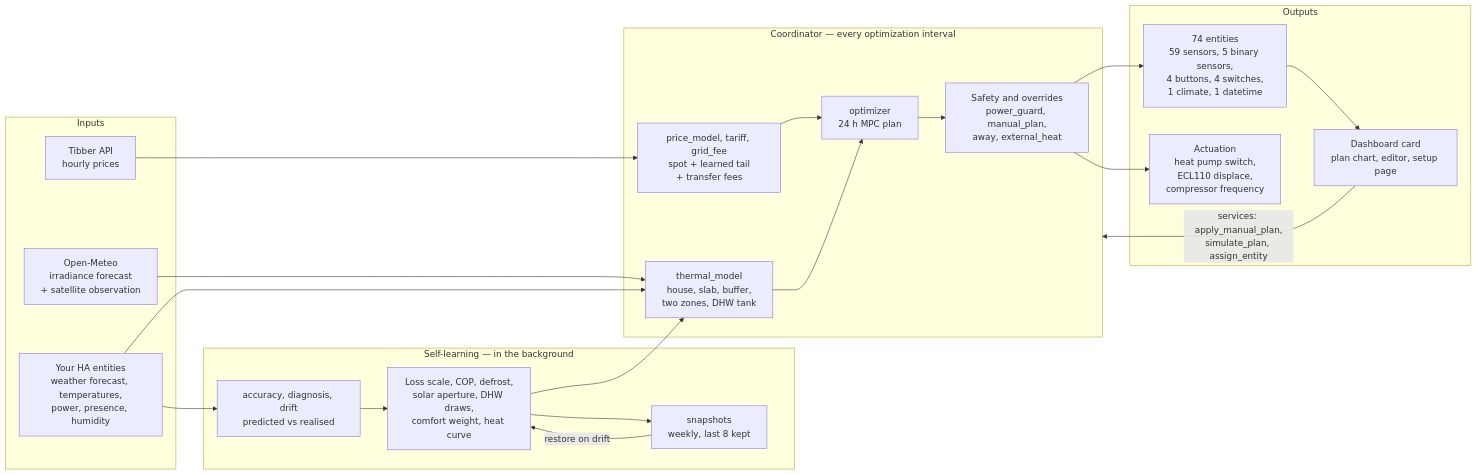
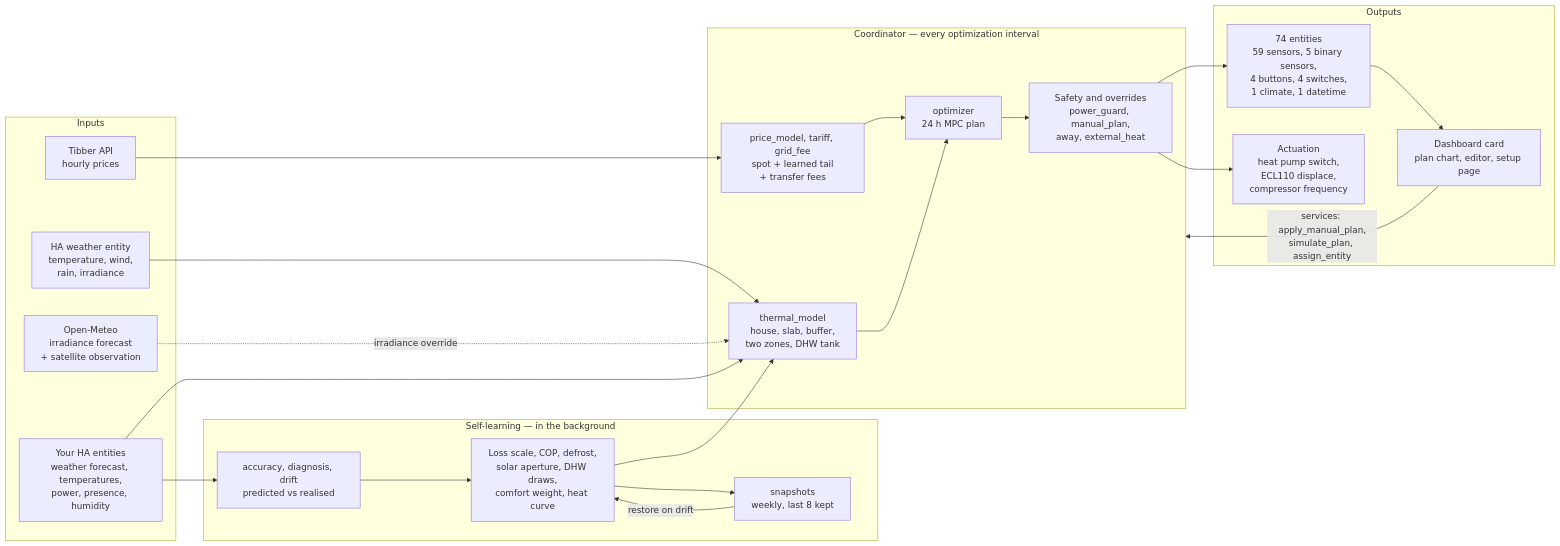
Before and after one commit to tvofi/heatpump_optimizer: the diagram in docs/architecture.md, drawn with Mermaid.

````diff
--- a/docs/architecture.md
+++ b/docs/architecture.md
@@ -14,43 +14,45 @@
 ```mermaid
 flowchart LR
     subgraph inputs["Inputs"]
         tibber["Tibber API<br/>hourly prices"]
+        weather["HA weather entity<br/>temperature, wind,<br/>rain, irradiance"]
         meteo["Open-Meteo<br/>irradiance forecast<br/>+ satellite observation"]
         ha["Your HA entities<br/>weather forecast, temperatures,<br/>power, presence, humidity"]
     end
 
     subgraph brain["Coordinator — every optimization interval"]
         pm["price_model, tariff, grid_fee<br/>spot + learned tail<br/>+ transfer fees"]
         tm["thermal_model<br/>house, slab, buffer,<br/>two zones, DHW tank"]
         opt["optimizer<br/>24 h MPC plan"]
         guard["Safety and overrides<br/>power_guard, manual_plan,<br/>away, external_heat"]
     end
 
     subgraph learn["Self-learning — in the background"]
         acc["accuracy, diagnosis, drift<br/>predicted vs realised"]
         learners["Loss scale, COP, defrost,<br/>solar aperture, DHW draws,<br/>comfort weight, heat curve"]
         snap["snapshots<br/>weekly, last 8 kept"]
     end
 
     subgraph out["Outputs"]
         ent["74 entities<br/>59 sensors, 5 binary sensors,<br/>4 buttons, 4 switches,<br/>1 climate, 1 datetime"]
         card["Dashboard card<br/>plan chart, editor, setup page"]
         ctl["Actuation<br/>heat pump switch,<br/>ECL110 displace,<br/>compressor frequency"]
     end
 
     tibber --> pm
-    meteo --> tm
+    weather --> tm
+    meteo -. "irradiance override" .-> tm
     ha --> tm
     ha --> acc
     pm --> opt
     tm --> opt
     opt --> guard
     guard --> ent
     guard --> ctl
     ent --> card
     card -- "services: apply_manual_plan,<br/>simulate_plan, assign_entity" --> brain
     acc --> learners
     learners --> tm
     learners --> snap
     snap -- "restore on drift" --> learners
 ```
````
